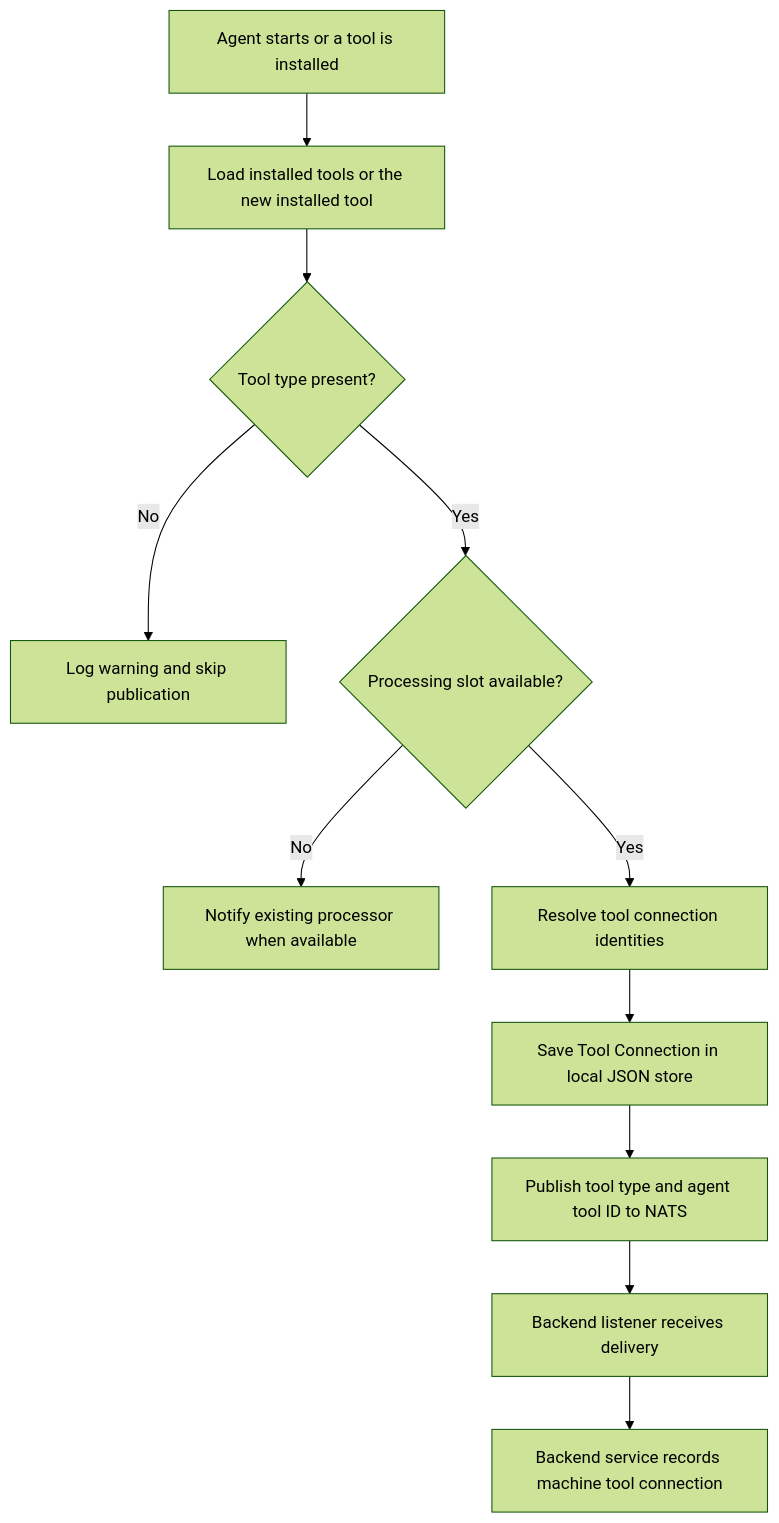
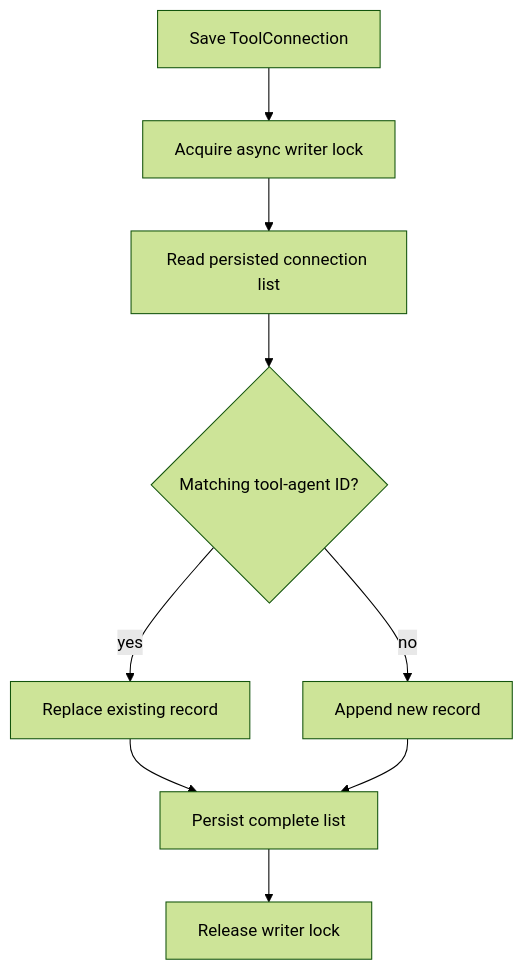
The second of 4 diagrams in docs/reference/architecture/openframe-client-core/model-tool-connection/model-tool-connection.md (flamingo-stack/openframe-oss-tenant), drawn with Mermaid (forest theme) before and after one commit. The commit also changed other lines of this file and 2377 other files, not shown here.

````diff
--- a/docs/reference/architecture/openframe-client-core/model-tool-connection/model-tool-connection.md
+++ b/docs/reference/architecture/openframe-client-core/model-tool-connection/model-tool-connection.md
@@ -79,13 +64,11 @@
 ```mermaid
 flowchart TD
-    Start["Agent starts or a tool is installed"] --> LoadTools["Load installed tools or the new installed tool"]
-    LoadTools --> HasType{"Tool type present?"}
-    HasType -->|"No"| Skip["Log warning and skip publication"]
-    HasType -->|"Yes"| Acquire{"Processing slot available?"}
-    Acquire -->|"No"| Wake["Notify existing processor when available"]
-    Acquire -->|"Yes"| Resolve["Resolve tool connection identities"]
-    Resolve --> Save["Save Tool Connection in local JSON store"]
-    Save --> Publish["Publish tool type and agent tool ID to NATS"]
-    Publish --> Receive["Backend listener receives delivery"]
-    Receive --> Apply["Backend service records machine tool connection"]
+    SaveRequest["Save ToolConnection"] --> Lock["Acquire async writer lock"]
+    Lock --> Load["Read persisted connection list"]
+    Load --> Match{"Matching tool-agent ID?"}
+    Match -->|"yes"| Replace["Replace existing record"]
+    Match -->|"no"| Append["Append new record"]
+    Replace --> Persist["Persist complete list"]
+    Append --> Persist
+    Persist --> Release["Release writer lock"]
 ```
````
